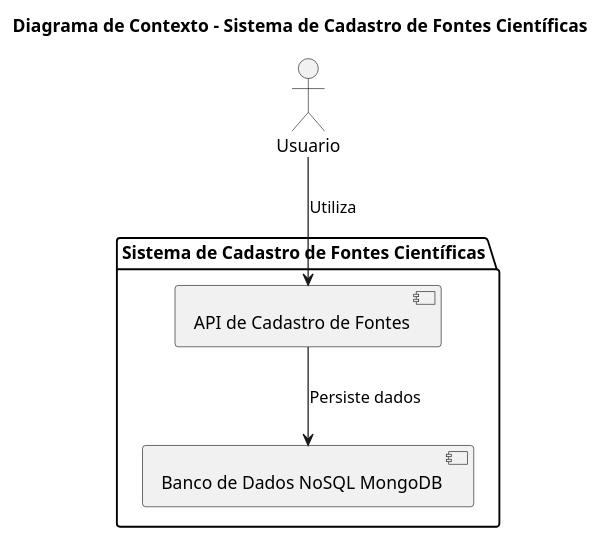
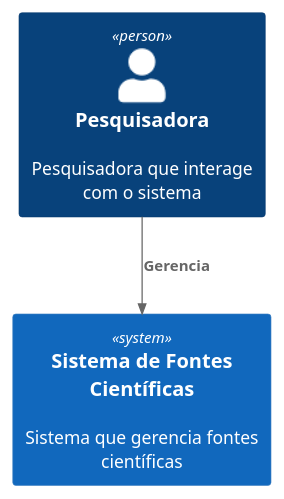
Before and after one commit to samorysundjata/FontesCSharp: the diagram in docs/c4/Context.puml, drawn with PlantUML. The commit also changed 15 other files, not shown here.

```diff
--- a/docs/c4/Context.puml
+++ b/docs/c4/Context.puml
@@ -1,15 +1,21 @@
-@startuml Context
+@startuml FontesContext
+!includeurl https://raw.githubusercontent.com/plantuml-stdlib/C4-PlantUML/master/C4_Context.puml
 
-title Diagrama de Contexto - Sistema de Cadastro de Fontes Científicas
+Person(pesquisadora, "Pesquisadora", "Pesquisadora que interage com o sistema")
+System(sistemaFontes, "Sistema de Fontes Científicas", "Sistema que gerencia fontes científicas")
 
-actor Usuario as User
 
-package "Sistema de Cadastro de Fontes Científicas" {
-  [API de Cadastro de Fontes] as API
-  [Banco de Dados NoSQL MongoDB] as DB
-}
+Rel(pesquisadora, sistemaFontes, "Gerencia")
+' title Diagrama de Contexto - Sistema de Cadastro de Fontes Científicas
 
-User --> API : Utiliza
-API --> DB : Persiste dados
+' actor Usuario as User
+
+' package "Sistema de Cadastro de Fontes Científicas" {
+'   [API de Cadastro de Fontes] as API
+'   [Banco de Dados NoSQL MongoDB] as DB
+' }
+
+' User --> API : Utiliza
+' API --> DB : Persiste dados
 
 @enduml
```
